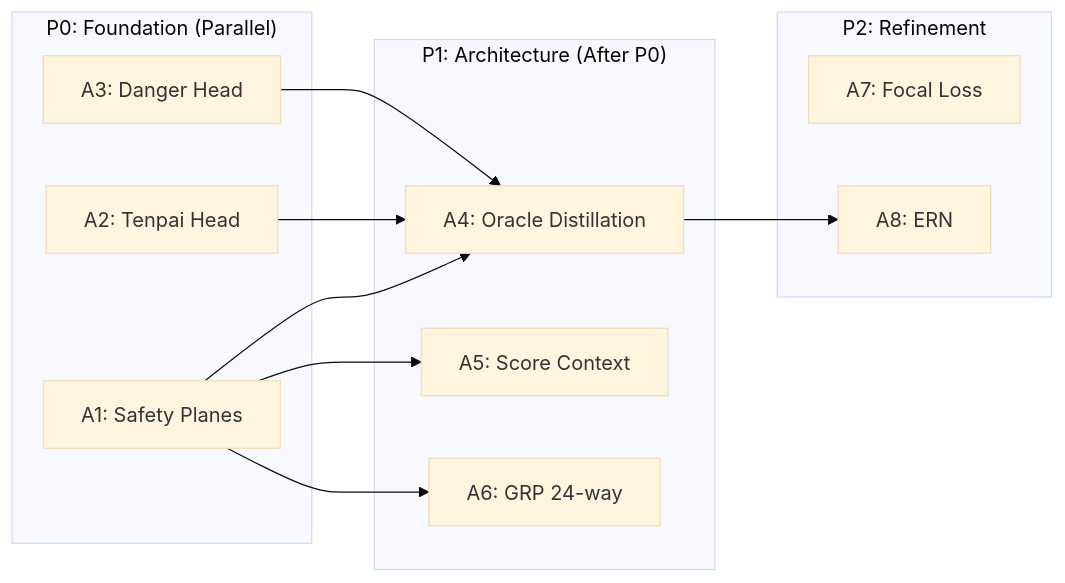
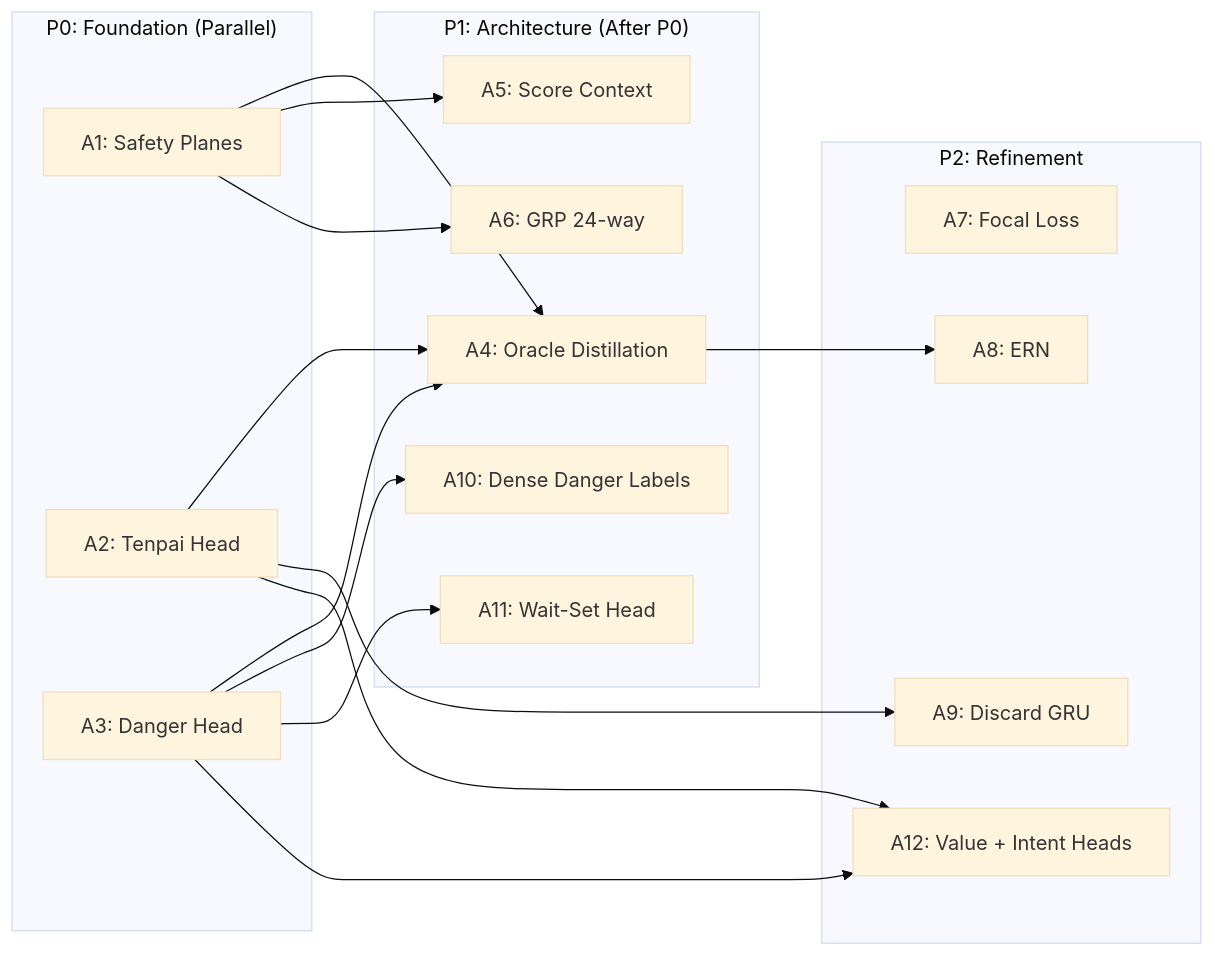
The diagram in research/ABLATION_PLAN.md (NikkeTryHard/hydra), drawn with Mermaid (base theme) before and after one commit. The commit also changed other lines of this file, not shown here.

First line of the commit message:
docs: add ablations A9-A12 for new opponent modeling heads

````diff
--- a/research/ABLATION_PLAN.md
+++ b/research/ABLATION_PLAN.md
@@ -177,26 +227,35 @@
 ```mermaid
 graph LR
     subgraph "P0: Foundation (Parallel)"
         A1[A1: Safety Planes]
         A2[A2: Tenpai Head]
         A3[A3: Danger Head]
     end
 
     subgraph "P1: Architecture (After P0)"
         A4[A4: Oracle Distillation]
         A5[A5: Score Context]
         A6[A6: GRP 24-way]
+        A10[A10: Dense Danger Labels]
+        A11[A11: Wait-Set Head]
     end
 
     subgraph "P2: Refinement"
         A7[A7: Focal Loss]
         A8[A8: ERN]
+        A9[A9: Discard GRU]
+        A12[A12: Value + Intent Heads]
     end
 
     A1 --> A4
     A1 --> A5
     A1 --> A6
     A2 --> A4
+    A2 --> A9
+    A2 --> A12
     A3 --> A4
+    A3 --> A10
+    A3 --> A11
+    A3 --> A12
     A4 --> A8
 ```
````
